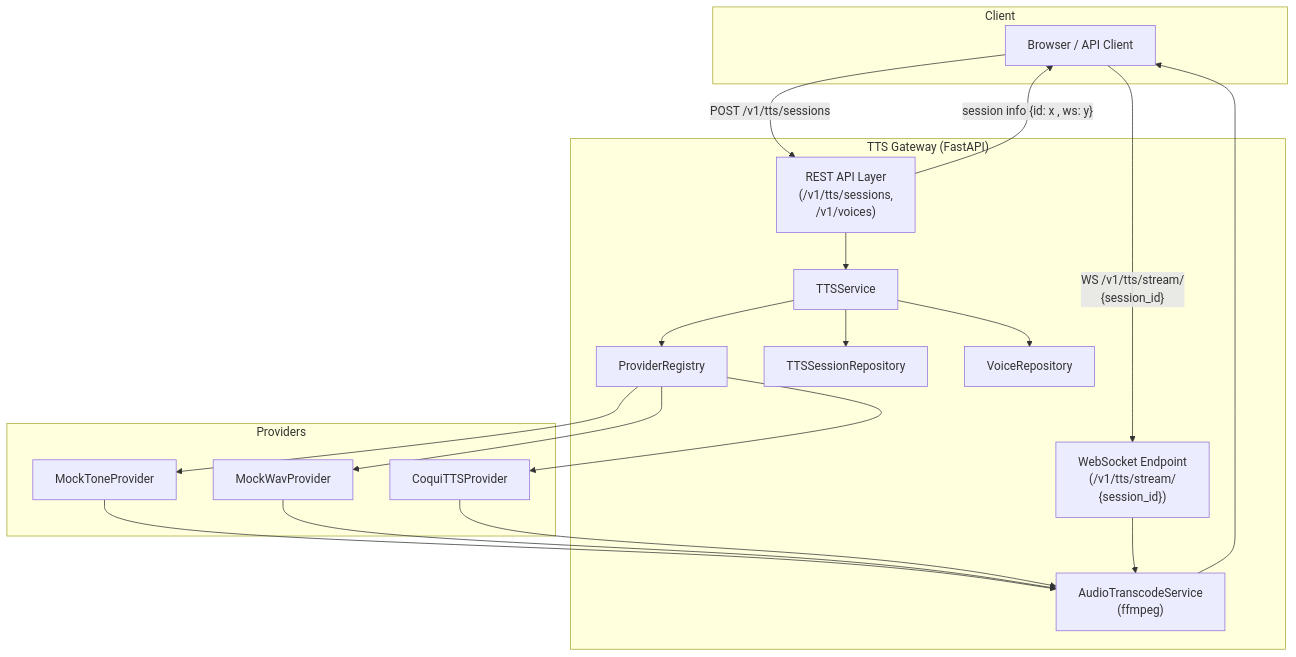
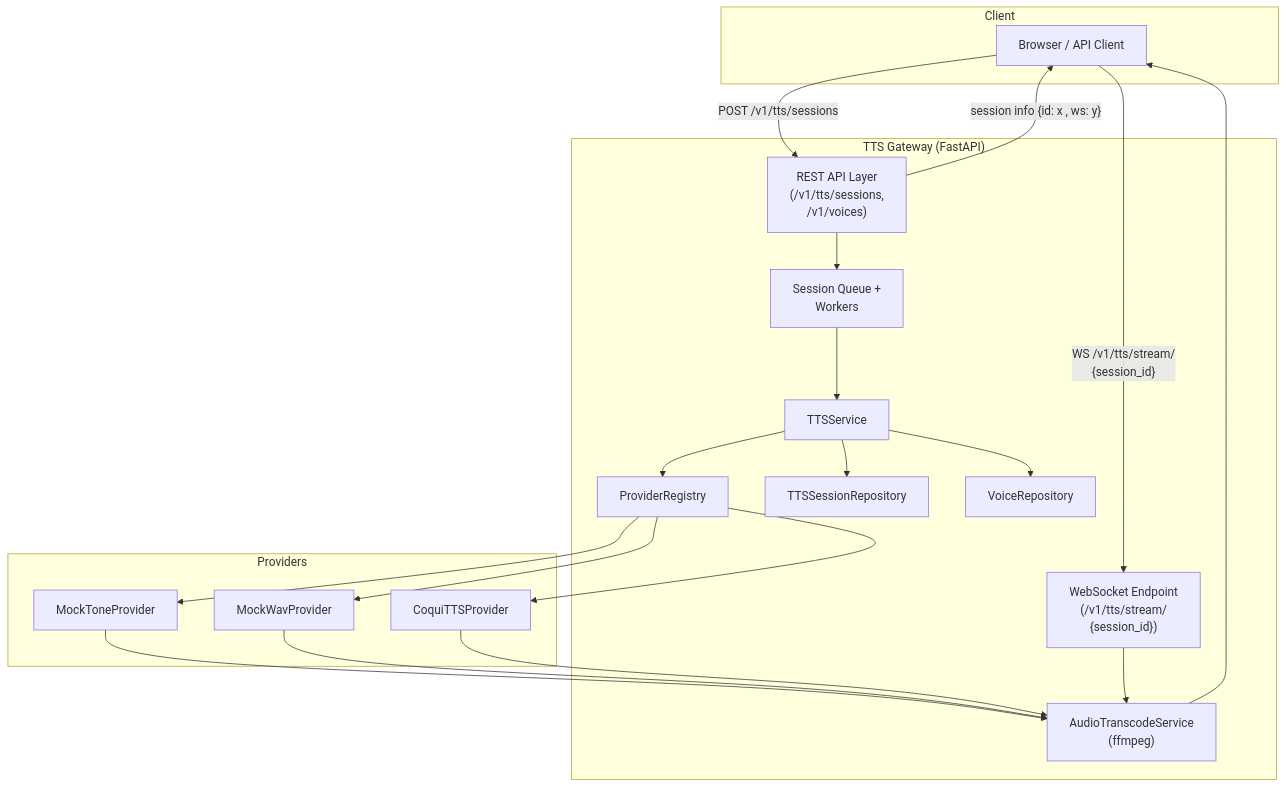
One commit to lee-jian-hui/tts-system changed the diagram in architecture_diags/ARCH.md. Above: the diagram before and after it, drawn with Mermaid. The commit also changed other lines of this file and 16 other files, not shown here.

Commit message:
feat: implement session queue

````diff
--- a/architecture_diags/ARCH.md
+++ b/architecture_diags/ARCH.md
@@ -73,44 +74,47 @@
 ```mermaid
 flowchart TD
 
     subgraph Client
         C["Browser / API Client"]
     end
 
     subgraph Gateway["TTS Gateway (FastAPI)"]
         APIHTTP["REST API Layer
         (/v1/tts/sessions, 
         /v1/voices)"]
         APIWS["WebSocket Endpoint
         (/v1/tts/stream/
         {session_id})"]
         SVC["TTSService"]
         REG["ProviderRegistry"]
         TRANS["AudioTranscodeService
         (ffmpeg)"]
         SESSREPO["TTSSessionRepository"]
         VOICEREPO["VoiceRepository"]
+        SESSQ["Session Queue +
+        Workers"]
     end
 
     subgraph Providers
         P1["MockToneProvider"]
         P2["MockWavProvider"]
         P3["CoquiTTSProvider"]
     end
 
     C -- "POST /v1/tts/sessions " --> APIHTTP
     APIHTTP -- "session info {id: x , ws: y} " --> C
 
-    APIHTTP --> SVC
+    APIHTTP --> SESSQ
+    SESSQ --> SVC
     SVC --> SESSREPO
     SVC --> VOICEREPO
     SVC --> REG
     REG --> P1
     REG --> P2
     REG --> P3
     P1 & P2 & P3 --> TRANS
     C -- "WS /v1/tts/stream/
     {session_id}" --> APIWS
     APIWS --> TRANS
     TRANS --> C
 ```
````
